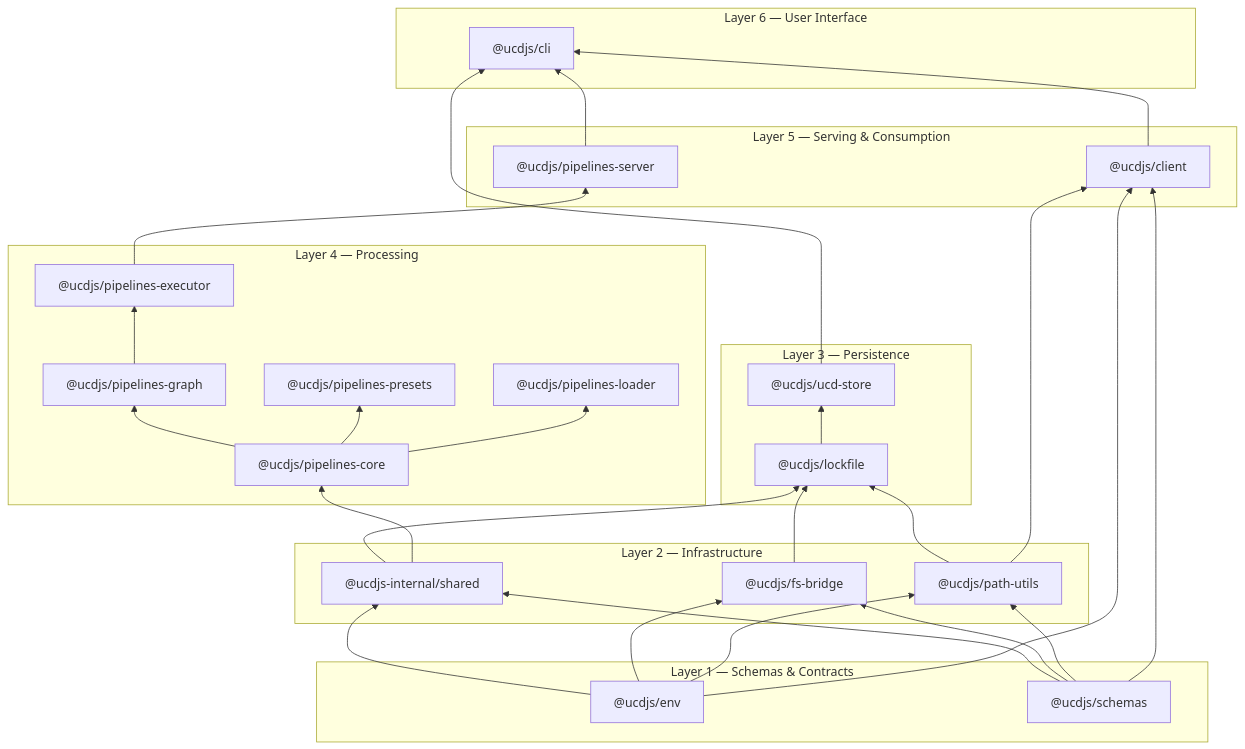
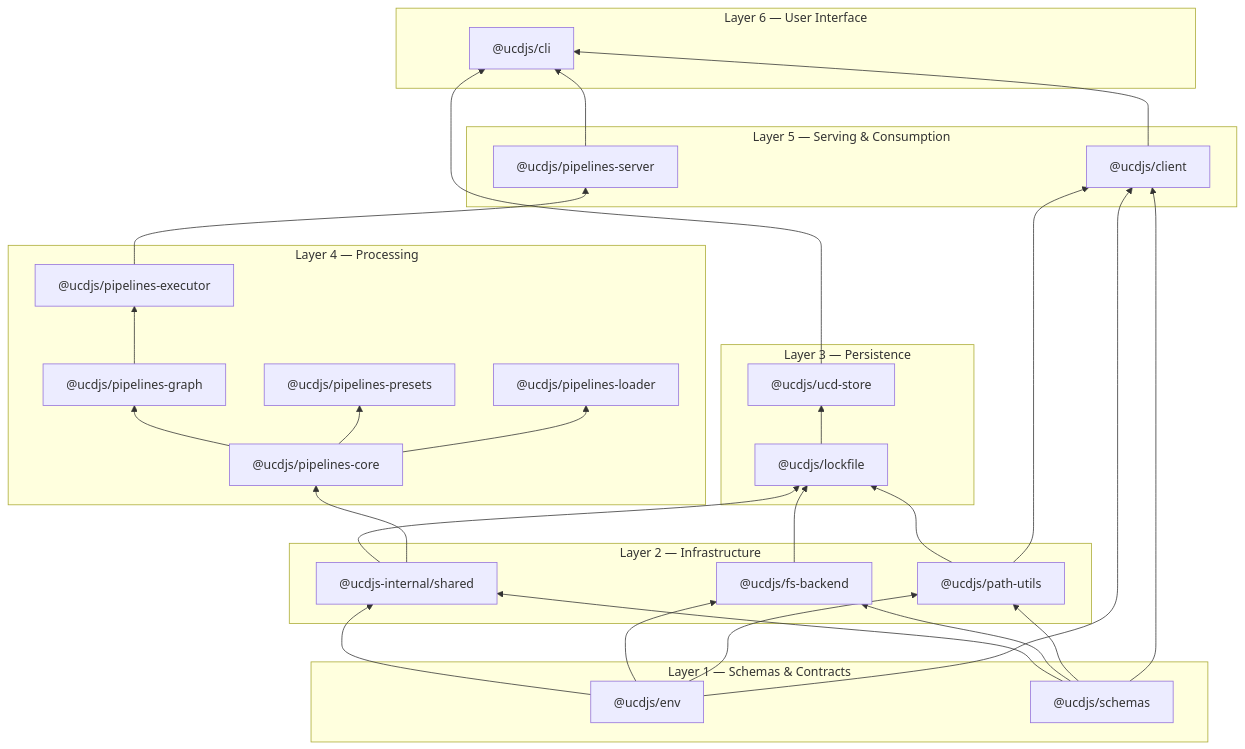
Before and after one commit to ucdjs/ucd: the first of 3 diagrams in apps/docs/content/architecture/package-layers.mdx, drawn with Mermaid. The commit also changed other lines of this file and 21 other files, not shown here.

````diff
--- a/apps/docs/content/architecture/package-layers.mdx
+++ b/apps/docs/content/architecture/package-layers.mdx
@@ -10,47 +10,47 @@
 ```mermaid
 graph BT
   subgraph L1["Layer 1 — Schemas & Contracts"]
     ENV["@ucdjs/env"]
     SCH["@ucdjs/schemas"]
   end
 
   subgraph L2["Layer 2 — Infrastructure"]
     SH["@ucdjs-internal/shared"]
-    FB["@ucdjs/fs-bridge"]
+    FB["@ucdjs/fs-backend"]
     PU["@ucdjs/path-utils"]
   end
 
   subgraph L3["Layer 3 — Persistence"]
     LF["@ucdjs/lockfile"]
     US["@ucdjs/ucd-store"]
   end
 
   subgraph L4["Layer 4 — Processing"]
     PC["@ucdjs/pipelines-core"]
     PG["@ucdjs/pipelines-graph"]
     PL["@ucdjs/pipelines-loader"]
     PE["@ucdjs/pipelines-executor"]
     PP["@ucdjs/pipelines-presets"]
   end
 
   subgraph L5["Layer 5 — Serving & Consumption"]
     CL["@ucdjs/client"]
     PS["@ucdjs/pipelines-server"]
   end
 
   subgraph L6["Layer 6 — User Interface"]
     CLI["@ucdjs/cli"]
   end
 
   ENV & SCH --> SH & FB & PU
   SH & FB & PU --> LF
   LF --> US
   SH --> PC
   PC --> PG & PP
   PG --> PE
   PC --> PL
   PE --> PS
   ENV & PU & SCH --> CL
   US & CL --> CLI
   PS --> CLI
 ```
````
